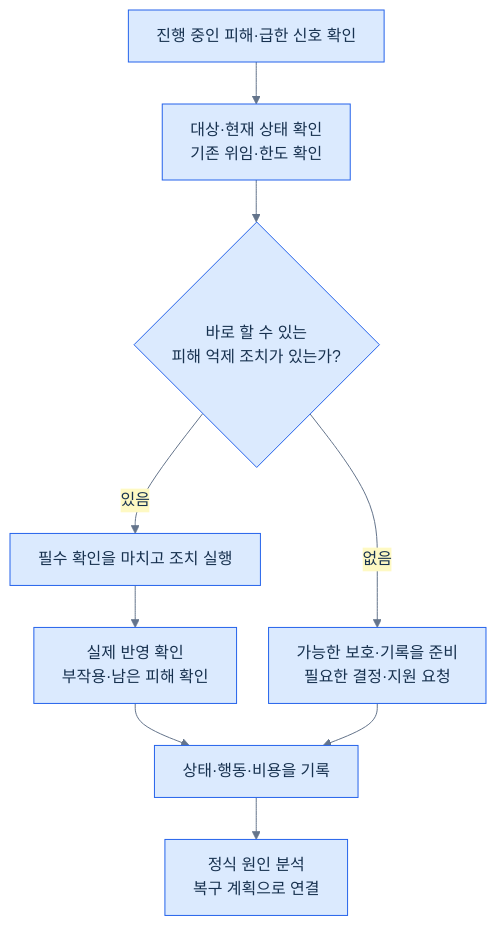
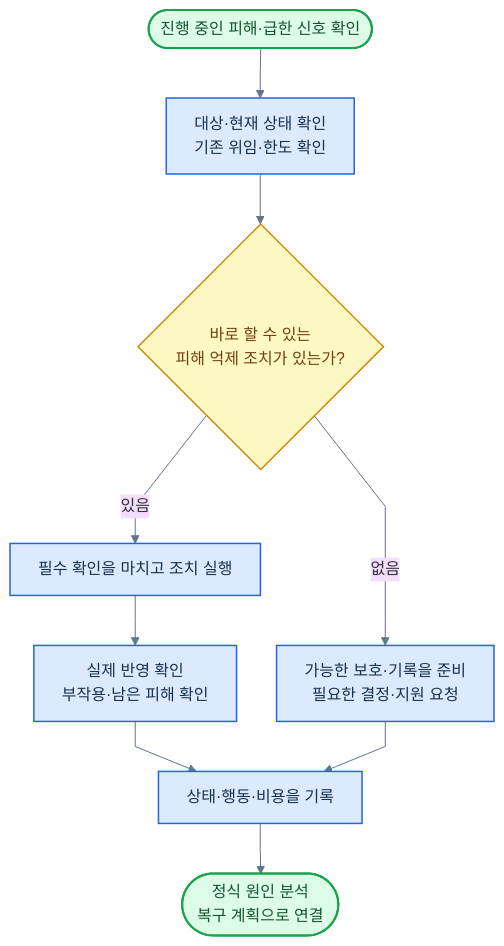
Before and after one commit to harisbaguette/expert: the seventh of 17 diagrams in 전문가 에이전트 정의 2.md, drawn with Mermaid. The commit also changed other lines of this file, not shown here.

````diff
--- a/전문가 에이전트 정의 2.md
+++ b/전문가 에이전트 정의 2.md
@@ -254,12 +330,22 @@
 ```mermaid
-%%{init: {"theme": "base", "themeVariables": {"fontFamily": "Arial, sans-serif", "fontSize": "16px", "primaryColor": "#dbeafe", "primaryTextColor": "#17314f", "primaryBorderColor": "#2563eb", "lineColor": "#64748b", "secondaryColor": "#fef9c3", "tertiaryColor": "#f8fafc"}, "flowchart": {"curve": "basis", "nodeSpacing": 32, "rankSpacing": 42, "padding": 14, "wrappingWidth": 240, "useMaxWidth": true}}}%%
+%%{init: {"theme":"base","themeVariables":{"fontFamily":"Arial, sans-serif","fontSize":"16px","lineColor":"#64748b"},"flowchart":{"curve":"linear","nodeSpacing":40,"rankSpacing":50,"padding":14,"wrappingWidth":240,"useMaxWidth":true}}}%%
 flowchart TB
-    A["진행 중인 피해·급한 신호 확인"] --> B["대상·현재 상태 확인<br/>기존 위임·한도 확인"]
-    B --> C{"바로 할 수 있는<br/>피해 억제 조치가 있는가?"}
-    C -->|있음| D["필수 확인을 마치고 조치 실행"]
-    D --> E["실제 반영 확인<br/>부작용·남은 피해 확인"]
-    C -->|없음| F["가능한 보호·기록을 준비<br/>필요한 결정·지원 요청"]
-    E --> G["상태·행동·비용을 기록"]
-    F --> G
-    G --> H["정식 원인 분석<br/>복구 계획으로 연결"]
+    S(["진행 중인 피해·급한 신호 확인"])
+    B["대상·현재 상태 확인<br/>기존 위임·한도 확인"]
+    C{"바로 할 수 있는<br/>피해 억제 조치가 있는가?"}
+    D["필수 확인을 마치고 조치 실행"]
+    E["실제 반영 확인<br/>부작용·남은 피해 확인"]
+    F["가능한 보호·기록을 준비<br/>필요한 결정·지원 요청"]
+    G["상태·행동·비용을 기록"]
+    H(["정식 원인 분석<br/>복구 계획으로 연결"])
+    S --> B --> C
+    C -->|있음| D --> E --> G
+    C -->|없음| F --> G
+    G --> H
+    classDef default fill:#dbeafe,stroke:#2563eb,stroke-width:1.5px,color:#17314f
+    classDef term fill:#dcfce7,stroke:#16a34a,stroke-width:2px,color:#14532d
+    classDef stop fill:#fee2e2,stroke:#dc2626,stroke-width:2px,color:#7f1d1d
+    classDef dec fill:#fef9c3,stroke:#ca8a04,stroke-width:1.5px,color:#713f12
+    class S,H term
+    class C dec
 ```
````
